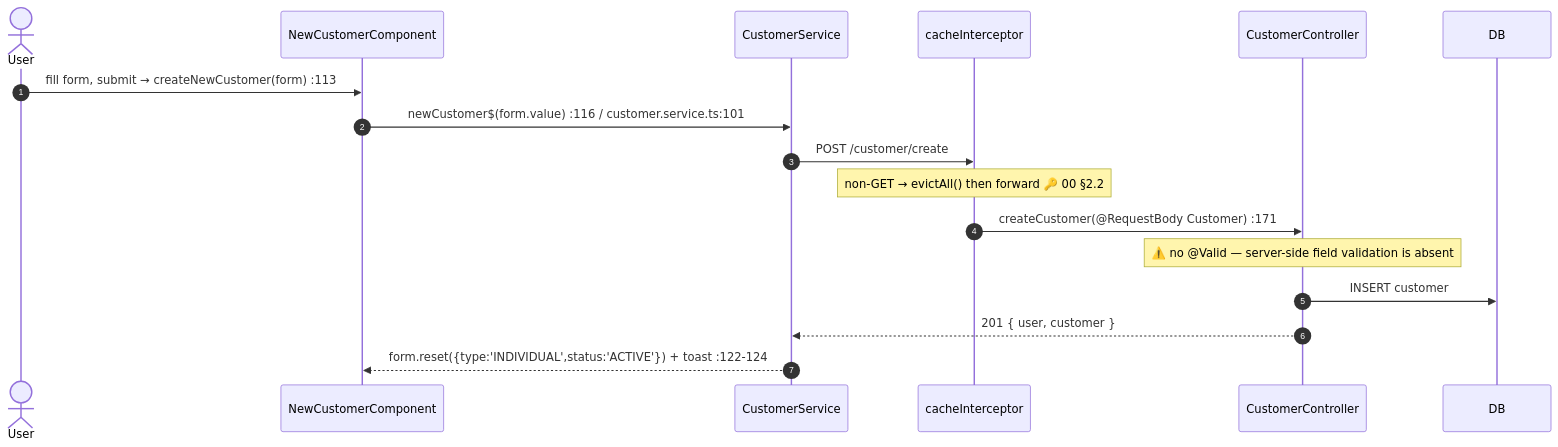
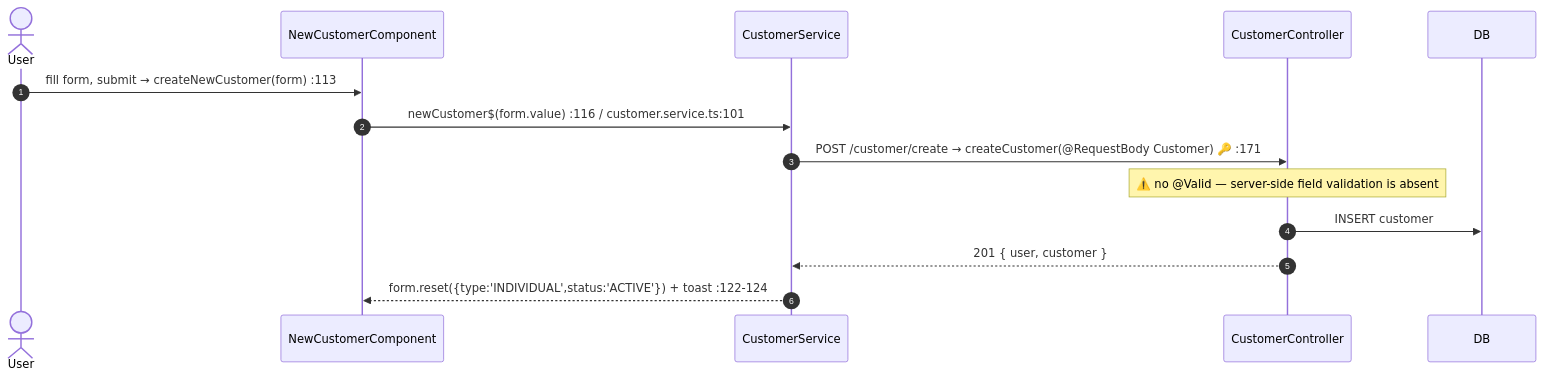
The second of 3 diagrams in documentation/flows/30-customers.md (bbobbylon/angularSpringBootFullStack), drawn with Mermaid before and after one commit. The commit also changed other lines of this file and 162 other files, not shown here.

````diff
--- a/documentation/flows/30-customers.md
+++ b/documentation/flows/30-customers.md
@@ -60,19 +58,16 @@
 ```mermaid
 sequenceDiagram
     autonumber
     actor U as User
     participant CMP as NewCustomerComponent
     participant SVC as CustomerService
-    participant CACHE as cacheInterceptor
     participant CTRL as CustomerController
     participant DB as DB
     U->>CMP: fill form, submit  → createNewCustomer(form)  :113
     CMP->>SVC: newCustomer$(form.value)  :116 / customer.service.ts:101
-    SVC->>CACHE: POST /customer/create
-    Note over CACHE: non-GET → evictAll() then forward 🔑  00 §2.2
-    CACHE->>CTRL: createCustomer(@RequestBody Customer)  :171
+    SVC->>CTRL: POST /customer/create → createCustomer(@RequestBody Customer)  🔑  :171
     Note over CTRL: ⚠️ no @Valid — server-side field validation is absent
     CTRL->>DB: INSERT customer
     CTRL-->>SVC: 201 { user, customer }
     SVC-->>CMP: form.reset({type:'INDIVIDUAL',status:'ACTIVE'}) + toast  :122-124
 ```
````
